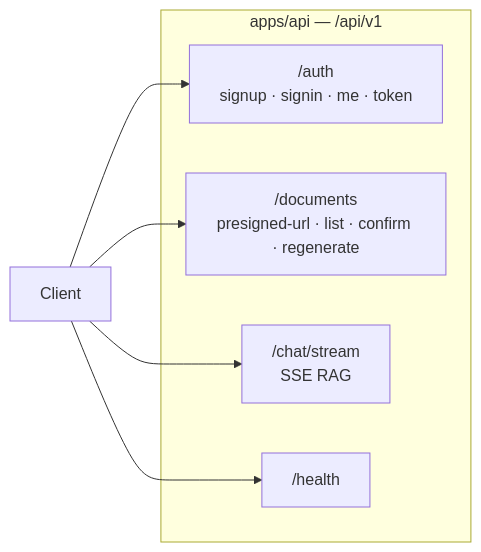
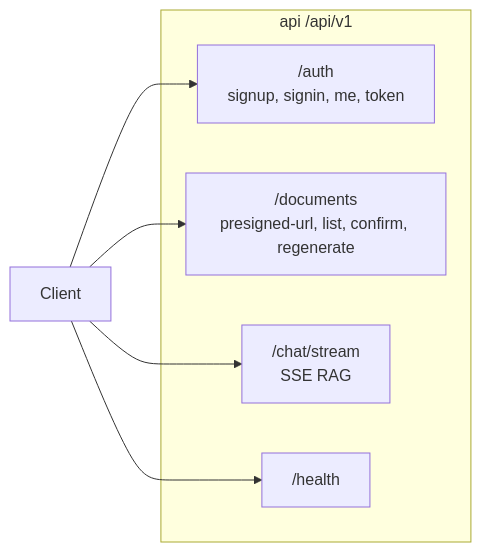
The seventh of 7 diagrams in README.md (DevMittal1/CutomerRAG), drawn with Mermaid before and after one commit. The commit also changed other lines of this file, not shown here.

Commit message:
Add architecture

````diff
--- a/README.md
+++ b/README.md
@@ -300,14 +305,14 @@
 ```mermaid
 flowchart LR
-    subgraph api [apps/api — /api/v1]
-        Auth["/auth<br/>signup · signin · me · token"]
-        Docs["/documents<br/>presigned-url · list · confirm · regenerate"]
+    subgraph api_layer [api /api/v1]
+        Auth["/auth<br/>signup, signin, me, token"]
+        Docs["/documents<br/>presigned-url, list, confirm, regenerate"]
         Chat["/chat/stream<br/>SSE RAG"]
         Health["/health"]
     end
 
     Client[Client] --> Auth
     Client --> Docs
     Client --> Chat
     Client --> Health
 ```
````
